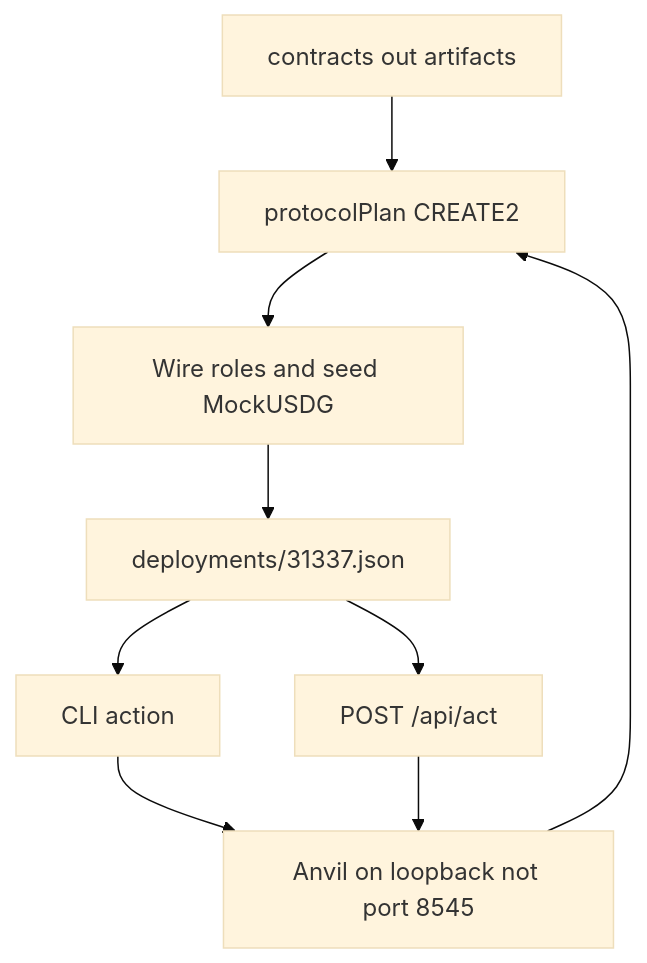
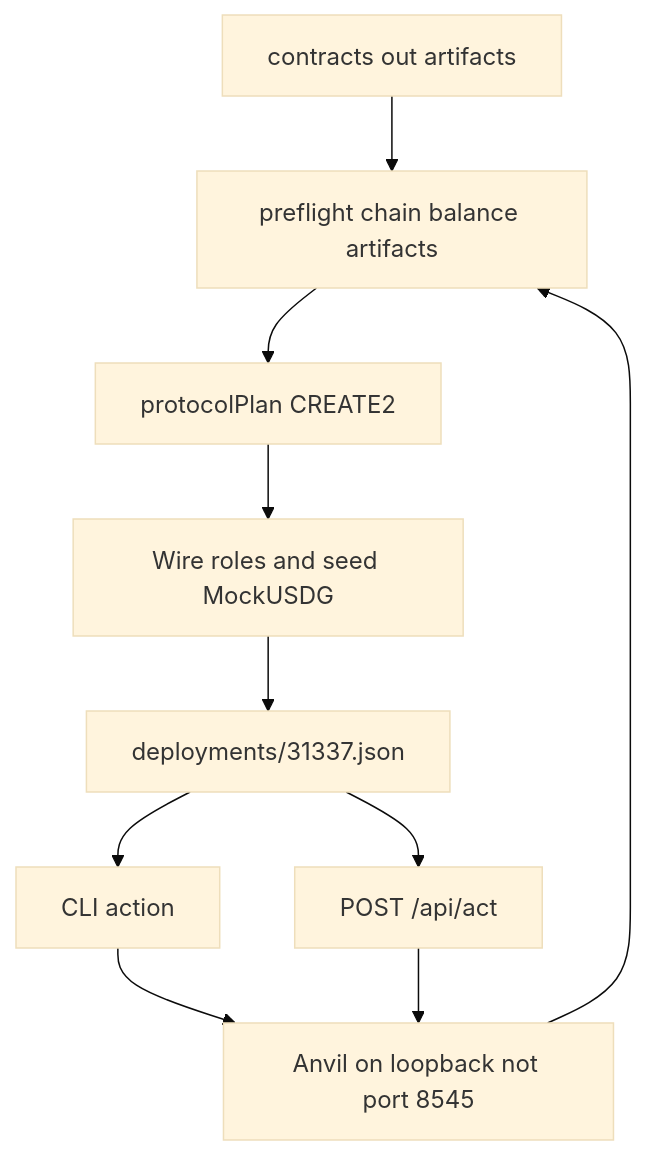
One commit to gabrielantonyxaviour/lockgate-open-house changed the diagram in harness/README.md. Above: the diagram before and after it, drawn with Mermaid (base theme). The commit also changed other lines of this file and 53 other files, not shown here.

````diff
--- a/harness/README.md
+++ b/harness/README.md
@@ -53,11 +82,12 @@
 ```mermaid
 flowchart TD
-  artifacts[contracts out artifacts] --> plan[protocolPlan CREATE2]
-  anvil[Anvil on loopback not port 8545] --> plan
+  artifacts[contracts out artifacts] --> preflight[preflight chain balance artifacts]
+  anvil[Anvil on loopback not port 8545] --> preflight
+  preflight --> plan[protocolPlan CREATE2]
   plan --> seed[Wire roles and seed MockUSDG]
   seed --> manifest[deployments/31337.json]
   manifest --> cli[CLI action]
   manifest --> act[POST /api/act]
   cli --> anvil
   act --> anvil
 ```
````
